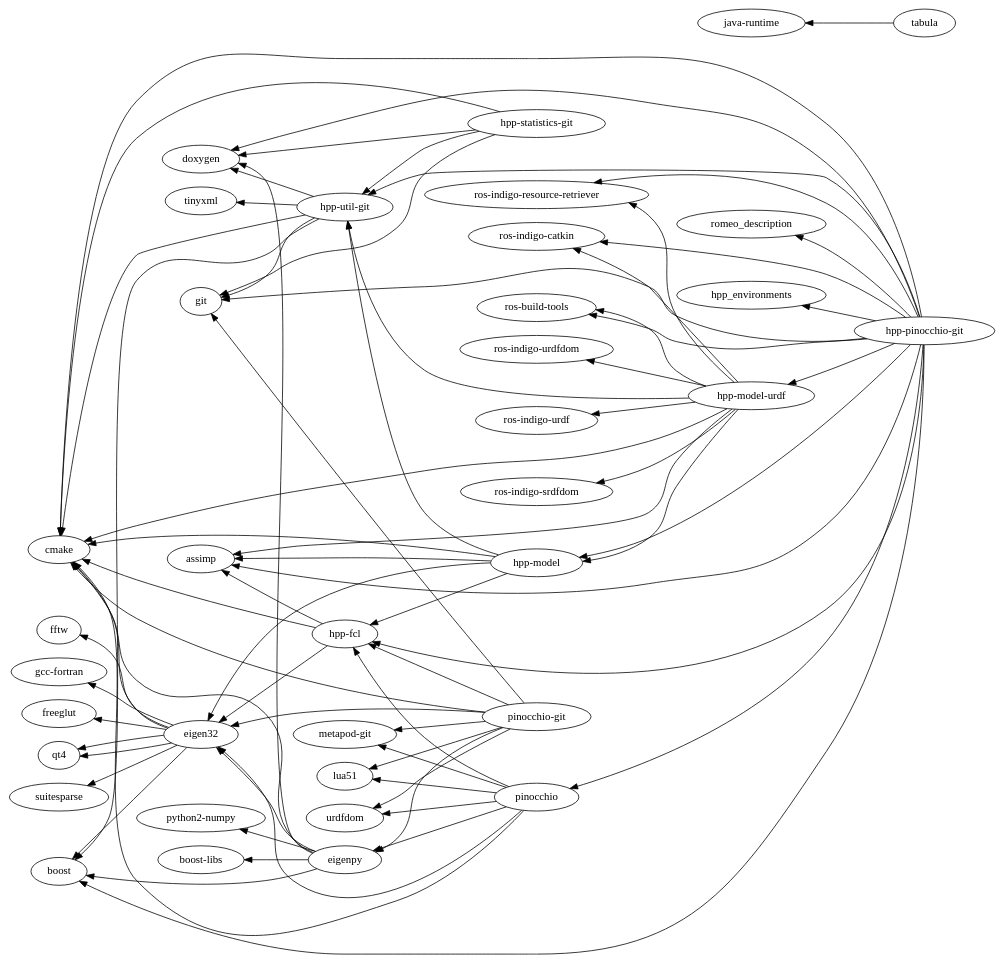
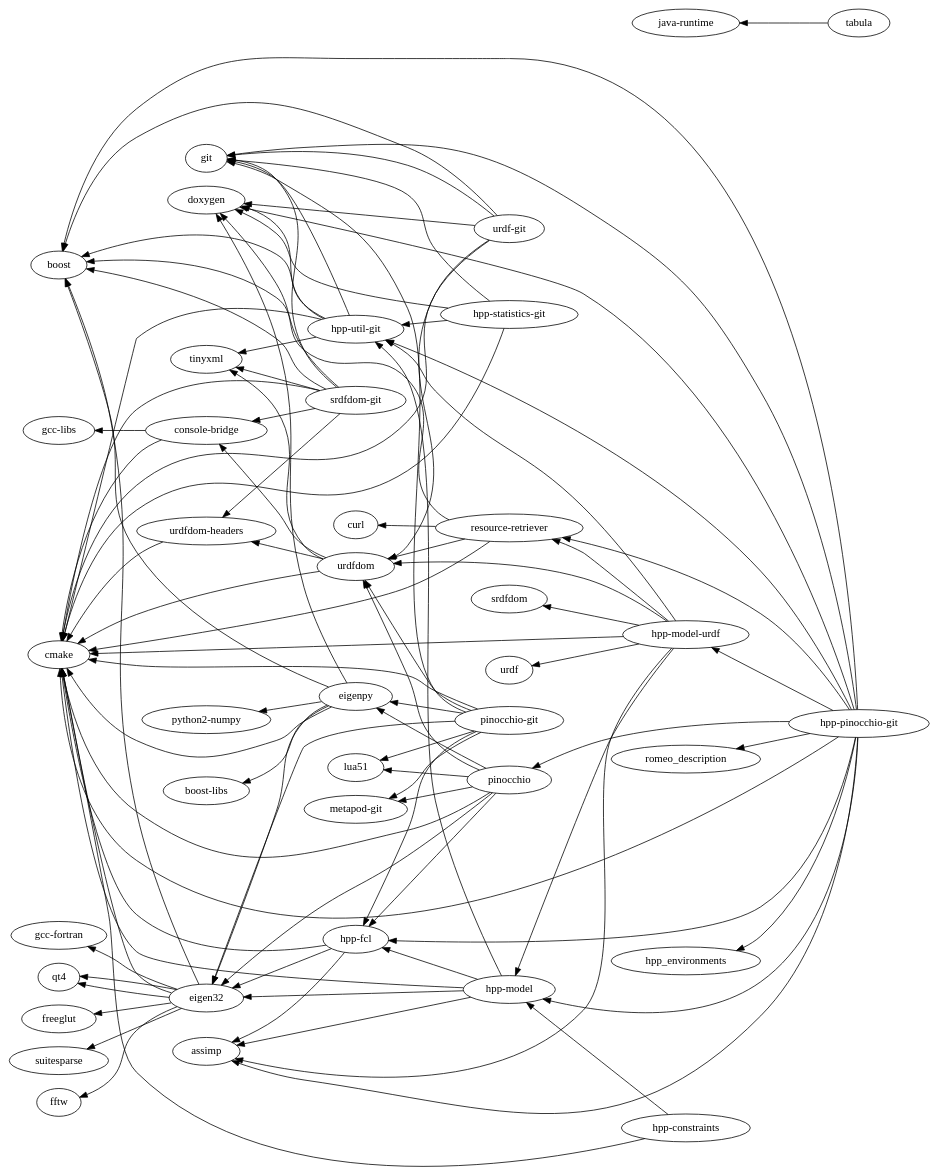
Before and after one commit to nim65s/aur: the diagram in dependencies.gv, drawn with Graphviz. The commit also changed 4 other files, not shown here.

```diff
--- a/dependencies.gv
+++ b/dependencies.gv
@@ -1,111 +1,136 @@
 digraph dependencies {
 	graph [rankdir=RL]
+		urdfdom
+		"urdfdom-headers"
+		fftw
+		"gcc-fortran"
+		"srdfdom-git"
+		"hpp-fcl"
+		doxygen
+		"hpp-util-git"
+		"metapod-git"
+		romeo_description
+		git
+		srdfdom
+		"gcc-libs"
+		boost
+		hpp_environments
+		pinocchio
+		"hpp-statistics-git"
+		qt4
+		"urdf-git"
+		"console-bridge"
+		cmake
 		eigen32
-		git
-		"ros-indigo-resource-retriever"
+		"hpp-model-urdf"
+		"boost-libs"
+		assimp
+		"java-runtime"
+		"pinocchio-git"
+		tinyxml
+		lua51
+		"hpp-constraints"
 		"hpp-pinocchio-git"
-		"gcc-fortran"
-		doxygen
-		"ros-indigo-urdfdom"
-		"boost-libs"
-		"ros-indigo-catkin"
-		romeo_description
+		"hpp-model"
+		"python2-numpy"
+		freeglut
+		urdf
 		tabula
-		"pinocchio-git"
-		"hpp-statistics-git"
-		cmake
-		freeglut
-		hpp_environments
-		"metapod-git"
-		"ros-indigo-urdf"
-		"python2-numpy"
-		"ros-build-tools"
-		qt4
-		"hpp-model"
-		"hpp-util-git"
-		"java-runtime"
-		tinyxml
-		urdfdom
-		pinocchio
-		"hpp-model-urdf"
+		eigenpy
+		curl
+		"resource-retriever"
 		suitesparse
-		eigenpy
-		boost
-		assimp
-		"ros-indigo-srdfdom"
-		lua51
-		"hpp-fcl"
-		fftw
 			"pinocchio-git" -> "metapod-git"
 			"pinocchio-git" -> lua51
 			"pinocchio-git" -> cmake
 			"pinocchio-git" -> git
 			"pinocchio-git" -> eigen32
 			"pinocchio-git" -> eigenpy
 			"pinocchio-git" -> "hpp-fcl"
 			"pinocchio-git" -> urdfdom
 			eigen32 -> qt4
 			eigen32 -> cmake
 			eigen32 -> freeglut
 			eigen32 -> "gcc-fortran"
 			eigen32 -> fftw
 			eigen32 -> qt4
 			eigen32 -> suitesparse
 			eigen32 -> boost
+			"console-bridge" -> cmake
+			"console-bridge" -> "gcc-libs"
 			"hpp-model" -> assimp
 			"hpp-model" -> cmake
 			"hpp-model" -> eigen32
 			"hpp-model" -> "hpp-util-git"
 			"hpp-model" -> "hpp-fcl"
 			pinocchio -> "metapod-git"
 			pinocchio -> lua51
 			pinocchio -> cmake
 			pinocchio -> eigen32
 			pinocchio -> "hpp-fcl"
 			pinocchio -> eigenpy
 			pinocchio -> urdfdom
+			urdfdom -> cmake
+			urdfdom -> tinyxml
+			urdfdom -> "console-bridge"
+			urdfdom -> "urdfdom-headers"
+			"resource-retriever" -> cmake
+			"resource-retriever" -> urdfdom
+			"resource-retriever" -> curl
+			"resource-retriever" -> boost
+			"srdfdom-git" -> doxygen
+			"srdfdom-git" -> cmake
+			"srdfdom-git" -> git
+			"srdfdom-git" -> boost
+			"srdfdom-git" -> tinyxml
+			"srdfdom-git" -> "urdfdom-headers"
+			"srdfdom-git" -> "console-bridge"
+			"hpp-constraints" -> cmake
+			"hpp-constraints" -> "hpp-model"
 			tabula -> "java-runtime"
+			"urdfdom-headers" -> cmake
 			"hpp-util-git" -> doxygen
 			"hpp-util-git" -> cmake
 			"hpp-util-git" -> git
 			"hpp-util-git" -> boost
 			"hpp-util-git" -> tinyxml
 			"hpp-fcl" -> cmake
 			"hpp-fcl" -> eigen32
 			"hpp-fcl" -> assimp
 			"hpp-pinocchio-git" -> "hpp-model"
 			"hpp-pinocchio-git" -> "hpp-model-urdf"
 			"hpp-pinocchio-git" -> romeo_description
 			"hpp-pinocchio-git" -> hpp_environments
 			"hpp-pinocchio-git" -> doxygen
 			"hpp-pinocchio-git" -> cmake
 			"hpp-pinocchio-git" -> git
-			"hpp-pinocchio-git" -> "ros-build-tools"
-			"hpp-pinocchio-git" -> "ros-indigo-catkin"
 			"hpp-pinocchio-git" -> boost
 			"hpp-pinocchio-git" -> pinocchio
 			"hpp-pinocchio-git" -> assimp
 			"hpp-pinocchio-git" -> "hpp-util-git"
 			"hpp-pinocchio-git" -> "hpp-fcl"
-			"hpp-pinocchio-git" -> "ros-indigo-resource-retriever"
+			"hpp-pinocchio-git" -> "resource-retriever"
 			"hpp-model-urdf" -> cmake
-			"hpp-model-urdf" -> "ros-build-tools"
-			"hpp-model-urdf" -> "ros-indigo-catkin"
 			"hpp-model-urdf" -> assimp
 			"hpp-model-urdf" -> "hpp-util-git"
 			"hpp-model-urdf" -> "hpp-model"
-			"hpp-model-urdf" -> "ros-indigo-resource-retriever"
-			"hpp-model-urdf" -> "ros-indigo-urdf"
-			"hpp-model-urdf" -> "ros-indigo-urdfdom"
-			"hpp-model-urdf" -> "ros-indigo-srdfdom"
+			"hpp-model-urdf" -> urdf
+			"hpp-model-urdf" -> "resource-retriever"
+			"hpp-model-urdf" -> urdfdom
+			"hpp-model-urdf" -> srdfdom
 			"hpp-statistics-git" -> doxygen
 			"hpp-statistics-git" -> cmake
 			"hpp-statistics-git" -> git
 			"hpp-statistics-git" -> "hpp-util-git"
 			eigenpy -> doxygen
 			eigenpy -> cmake
 			eigenpy -> eigen32
 			eigenpy -> boost
 			eigenpy -> "python2-numpy"
 			eigenpy -> "boost-libs"
+			"urdf-git" -> doxygen
+			"urdf-git" -> cmake
+			"urdf-git" -> git
+			"urdf-git" -> boost
+			"urdf-git" -> urdfdom
 }
```
